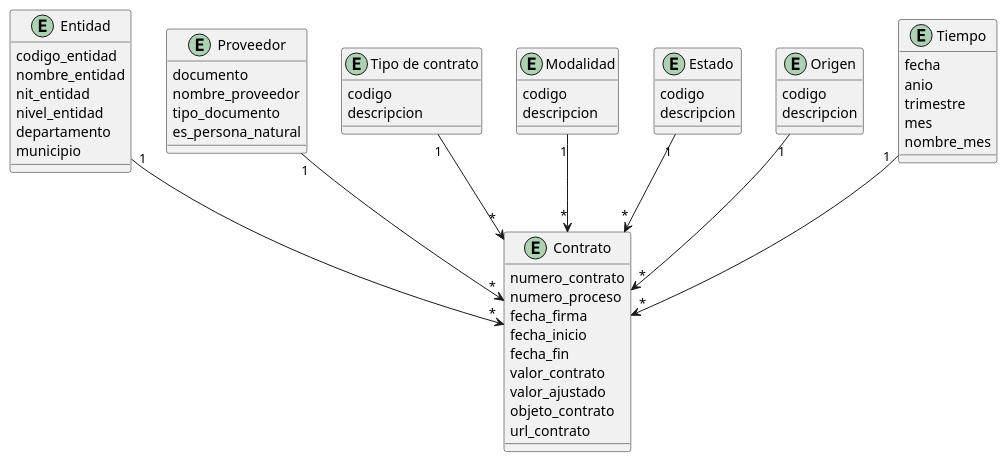
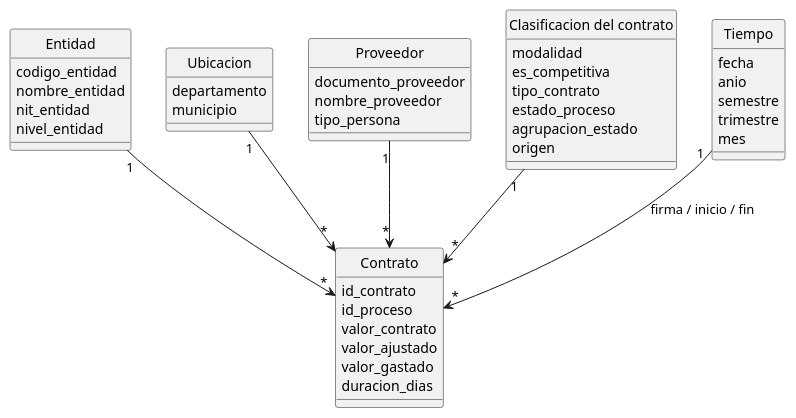
The first of 2 diagrams in docs/modelo_relacional.md (KerinM/SECOP), drawn with PlantUML before and after one commit. The commit also changed other lines of this file and 1 other file, not shown here.

Commit message:
docs: modelo relacional y decisiones tecnicas actualizados

````diff
--- a/docs/modelo_relacional.md
+++ b/docs/modelo_relacional.md
@@ -91,70 +103,55 @@
 ```plantuml
 @startuml
-' Modelo conceptual del Entregable 2. No muestra tipos ni claves:
-' muestra qué información existe y cómo se relaciona.
+hide circle
 
 entity "Entidad" as Entidad {
   codigo_entidad
   nombre_entidad
   nit_entidad
   nivel_entidad
+}
+
+entity "Ubicacion" as Ubicacion {
   departamento
   municipio
 }
 
 entity "Proveedor" as Proveedor {
-  documento
+  documento_proveedor
   nombre_proveedor
-  tipo_documento
-  es_persona_natural
+  tipo_persona
 }
 
-entity "Tipo de contrato" as Tipo {
-  codigo
-  descripcion
-}
-
-entity "Modalidad" as Modalidad {
-  codigo
-  descripcion
-}
-
-entity "Estado" as Estado {
-  codigo
-  descripcion
-}
-
-entity "Origen" as Origen {
-  codigo
-  descripcion
+entity "Clasificacion del contrato" as Clasificacion {
+  modalidad
+  es_competitiva
+  tipo_contrato
+  estado_proceso
+  agrupacion_estado
+  origen
 }
 
 entity "Tiempo" as Tiempo {
   fecha
   anio
+  semestre
   trimestre
   mes
-  nombre_mes
 }
 
 entity "Contrato" as Contrato {
-  numero_contrato
-  numero_proceso
-  fecha_firma
-  fecha_inicio
-  fecha_fin
+  id_contrato
+  id_proceso
   valor_contrato
   valor_ajustado
-  objeto_contrato
-  url_contrato
+  valor_gastado
+  duracion_dias
 }
 
-Entidad      "1" --> "*" Contrato
-Proveedor    "1" --> "*" Contrato
-Tipo         "1" --> "*" Contrato
-Modalidad    "1" --> "*" Contrato
-Estado       "1" --> "*" Contrato
-Origen       "1" --> "*" Contrato
-Tiempo       "1" --> "*" Contrato
+Entidad       "1" --> "*" Contrato
+Ubicacion     "1" --> "*" Contrato
+Proveedor     "1" --> "*" Contrato
+Clasificacion "1" --> "*" Contrato
+Tiempo        "1" --> "*" Contrato : firma / inicio / fin
 @enduml
 ```
````
